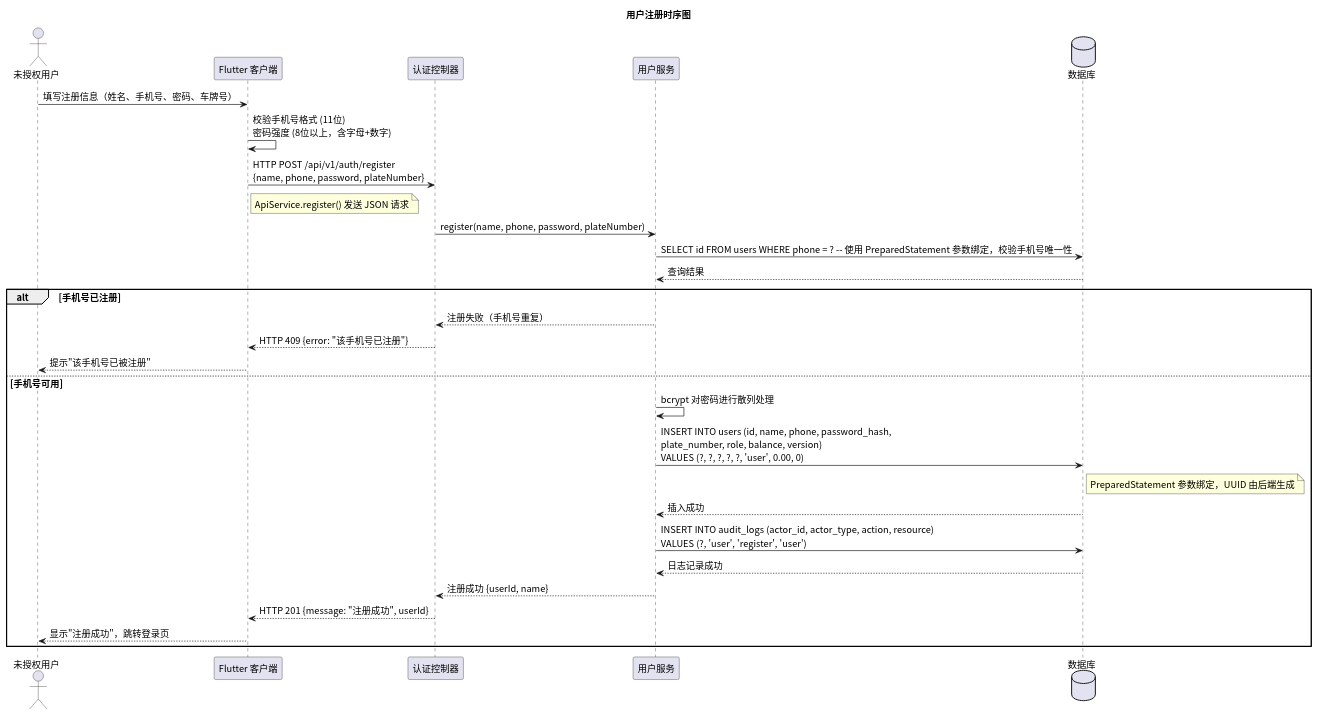
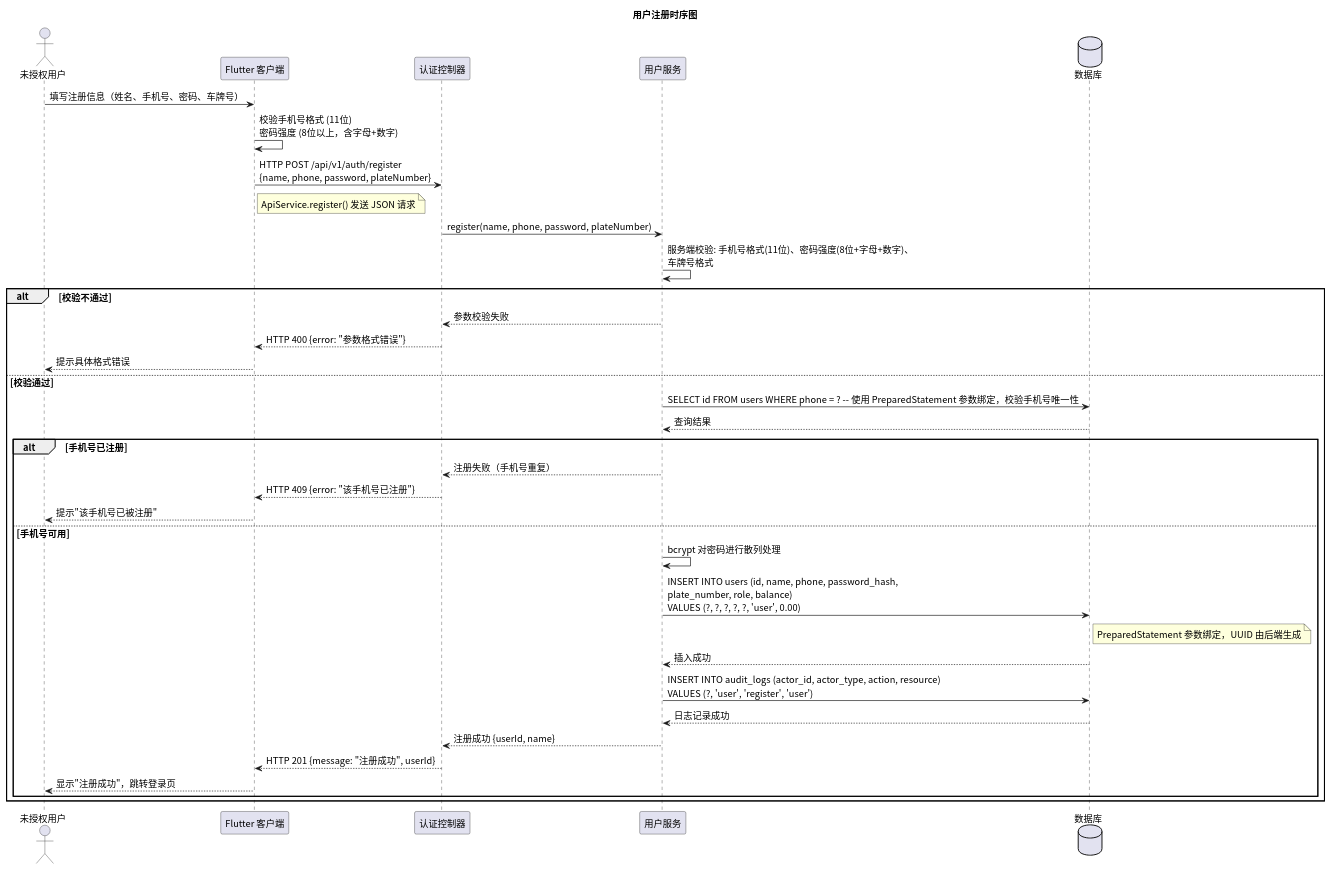
One commit to greenhandzdl/charging-station-doc changed the diagram in time/src/sequence_register.puml. Above: the diagram before and after it, drawn with PlantUML. The commit also changed 30 other files, not shown here.

First line of the commit message:
fix: 时序图补充与评估修复 — 新增充电活动图、报修单/支付状态图、强制结束充电用例、修复状态值不一致与version残留

```diff
--- a/time/src/sequence_register.puml
+++ b/time/src/sequence_register.puml
@@ -1,40 +1,49 @@
 @startuml
 skinparam defaultFontName "Noto Sans CJK SC"
 skinparam defaultFontSize 14
 title 用户注册时序图
 
 ' 所有 SQL 操作使用 PreparedStatement 参数绑定，禁止字符串拼接
 actor 未授权用户 as U
 participant "Flutter 客户端" as FE
 participant "认证控制器" as Ctrl
 participant "用户服务" as US
 database 数据库 as DB
 
 U -> FE: 填写注册信息（姓名、手机号、密码、车牌号）
 FE -> FE: 校验手机号格式 (11位)\n密码强度 (8位以上，含字母+数字)
 FE -> Ctrl: HTTP POST /api/v1/auth/register\n{name, phone, password, plateNumber}
 note right FE : ApiService.register() 发送 JSON 请求
 
 Ctrl -> US: register(name, phone, password, plateNumber)
 
-US -> DB: SELECT id FROM users WHERE phone = ? -- 使用 PreparedStatement 参数绑定，校验手机号唯一性
+US -> US: 服务端校验: 手机号格式(11位)、密码强度(8位+字母+数字)、\n车牌号格式
+
+alt 校验不通过
+  US --> Ctrl: 参数校验失败
+  Ctrl --> FE: HTTP 400 {error: "参数格式错误"}
+  FE --> U: 提示具体格式错误
+else 校验通过
+
+  US -> DB: SELECT id FROM users WHERE phone = ? -- 使用 PreparedStatement 参数绑定，校验手机号唯一性
 DB --> US: 查询结果
 
 alt 手机号已注册
   US --> Ctrl: 注册失败（手机号重复）
   Ctrl --> FE: HTTP 409 {error: "该手机号已注册"}
   FE --> U: 提示"该手机号已被注册"
 else 手机号可用
   US -> US: bcrypt 对密码进行散列处理
-  US -> DB: INSERT INTO users (id, name, phone, password_hash,\nplate_number, role, balance, version)\nVALUES (?, ?, ?, ?, ?, 'user', 0.00, 0)
+  US -> DB: INSERT INTO users (id, name, phone, password_hash,\nplate_number, role, balance)\nVALUES (?, ?, ?, ?, ?, 'user', 0.00)
   note right DB : PreparedStatement 参数绑定，UUID 由后端生成
   DB --> US: 插入成功
 
   US -> DB: INSERT INTO audit_logs (actor_id, actor_type, action, resource)\nVALUES (?, 'user', 'register', 'user')
   DB --> US: 日志记录成功
 
   US --> Ctrl: 注册成功 {userId, name}
   Ctrl --> FE: HTTP 201 {message: "注册成功", userId}
   FE --> U: 显示"注册成功"，跳转登录页
+  end
 end
 @enduml
```
